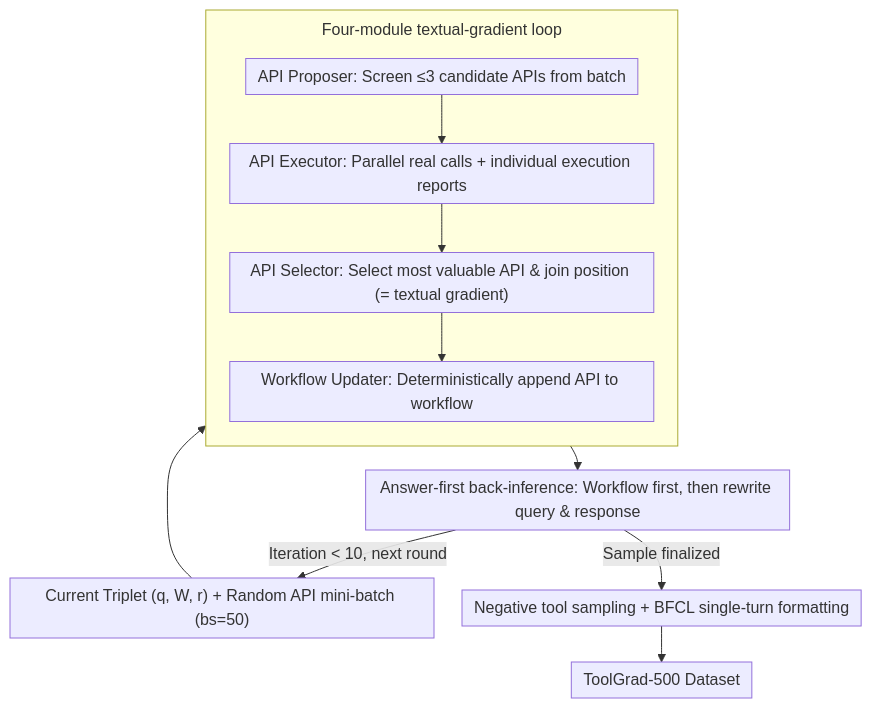
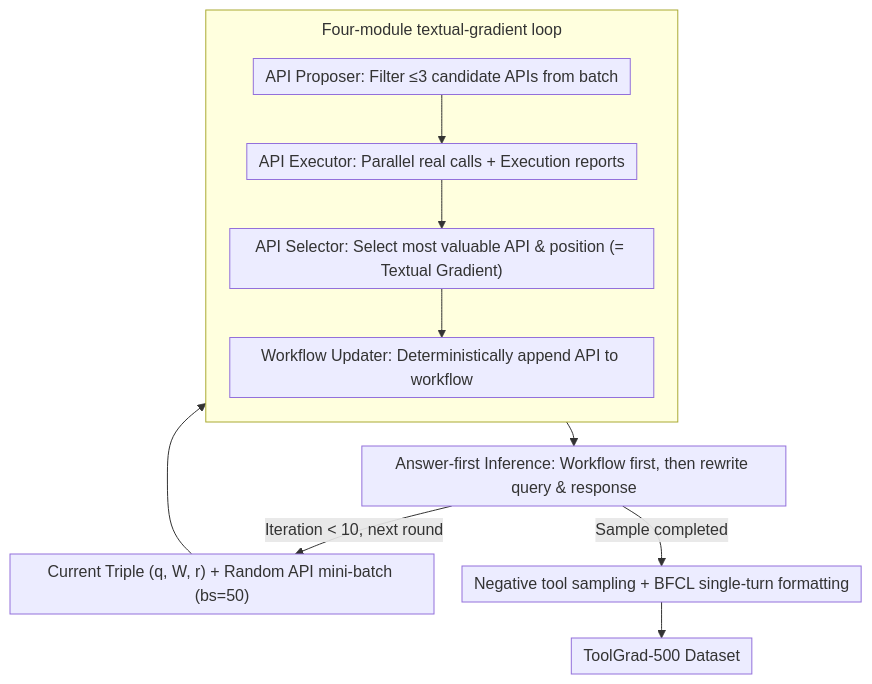
The diagram in docs/ACL2026/llm_agent/toolgrad_efficient_tool-use_dataset_generation_with_textual_gradients.md (zhaoyang97/Paper-Notes-en), drawn with Mermaid before and after one commit. The commit also changed other lines of this file and 5084 other files, not shown here.

````diff
--- a/docs/ACL2026/llm_agent/toolgrad_efficient_tool-use_dataset_generation_with_textual_gradients.md
+++ b/docs/ACL2026/llm_agent/toolgrad_efficient_tool-use_dataset_generation_with_textual_gradients.md
@@ -44,16 +44,16 @@
 ```mermaid
 %%{init: {'flowchart': {'rankSpacing': 24, 'nodeSpacing': 28, 'padding': 6, 'wrappingWidth': 400, 'subGraphTitleMargin': {'top': 8, 'bottom': 16}}}}%%
 flowchart TD
-    A["Current Triplet (q, W, r) + Random API mini-batch (bs=50)"]
+    A["Current Triple (q, W, r) + Random API mini-batch (bs=50)"]
     subgraph LOOP["Four-module textual-gradient loop"]
         direction TB
-        P["API Proposer: Screen ≤3 candidate APIs from batch"] --> E["API Executor: Parallel real calls + individual execution reports"]
-        E --> S["API Selector: Select most valuable API & join position (= textual gradient)"]
+        P["API Proposer: Filter ≤3 candidate APIs from batch"] --> E["API Executor: Parallel real calls + Execution reports"]
+        E --> S["API Selector: Select most valuable API & position (= Textual Gradient)"]
         S --> U["Workflow Updater: Deterministically append API to workflow"]
     end
     A --> P
-    U --> R["Answer-first back-inference: Workflow first, then rewrite query & response"]
+    U --> R["Answer-first Inference: Workflow first, then rewrite query & response"]
     R -->|Iteration < 10, next round| A
-    R -->|Sample finalized| N["Negative tool sampling + BFCL single-turn formatting"]
+    R -->|Sample completed| N["Negative tool sampling + BFCL single-turn formatting"]
     N --> O["ToolGrad-500 Dataset"]
 ```
````
